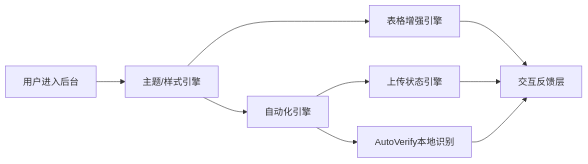
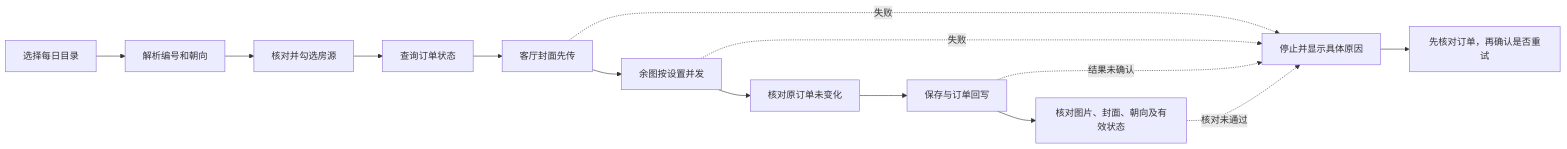
One commit to jhihhe/XHJ-VR-assistant changed the diagram in README.md. Above: the diagram before and after it, drawn with Mermaid. The commit also changed other lines of this file and 4 other files, not shown here.

````diff
--- a/README.md
+++ b/README.md
@@ -165,11 +73,16 @@
 ```mermaid
 flowchart LR
-    A[用户进入后台] --> B[主题/样式引擎]
-    B --> C[表格增强引擎]
-    B --> D[自动化引擎]
-    D --> E[上传状态引擎]
-    D --> F[AutoVerify本地识别]
-    C --> G[交互反馈层]
-    E --> G
-    F --> G
+    A[选择每日目录] --> B[解析编号和朝向]
+    B --> C[核对并勾选房源]
+    C --> D[查询订单状态]
+    D --> E[客厅封面先传]
+    E --> F[余图按设置并发]
+    F --> G[核对原订单未变化]
+    G --> H[保存与订单回写]
+    H --> I[核对图片、封面、朝向及有效状态]
+    E -. 失败 .-> J[停止并显示具体原因]
+    F -. 失败 .-> J
+    H -. 结果未确认 .-> J
+    I -. 核对未通过 .-> J
+    J --> K[先核对订单，再确认是否重试]
 ```
````
